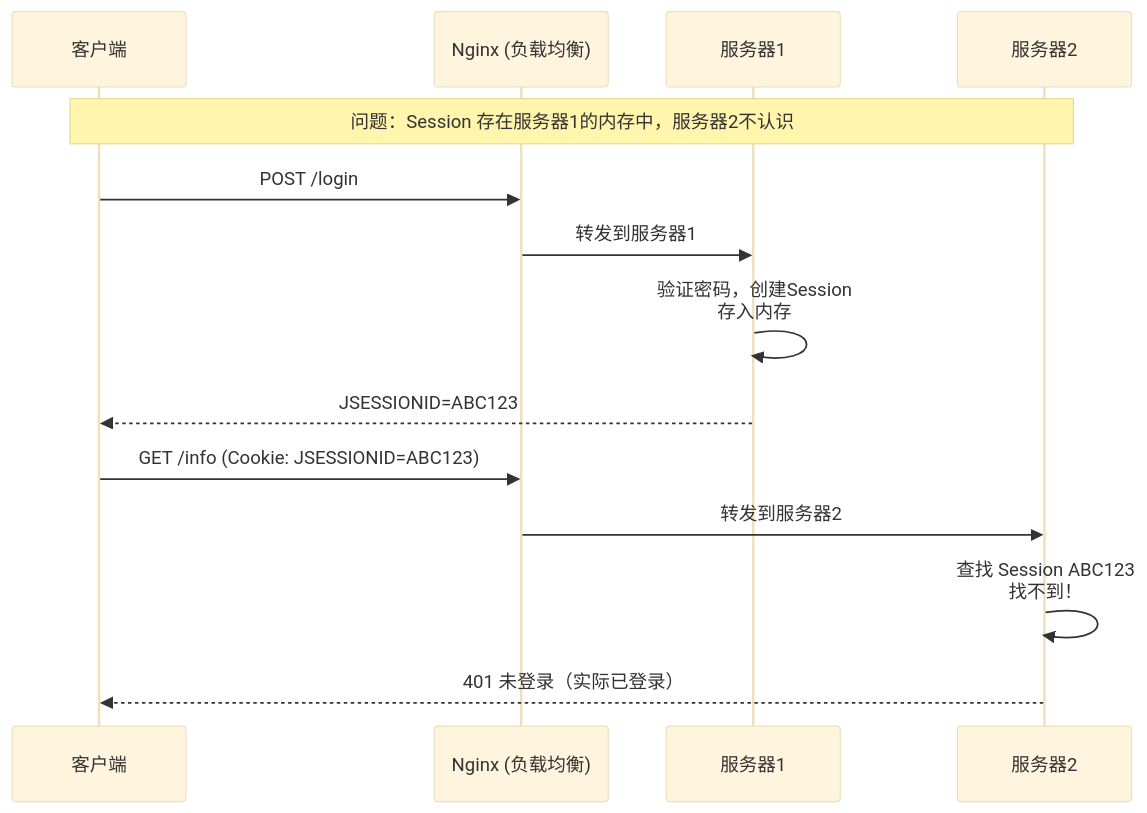
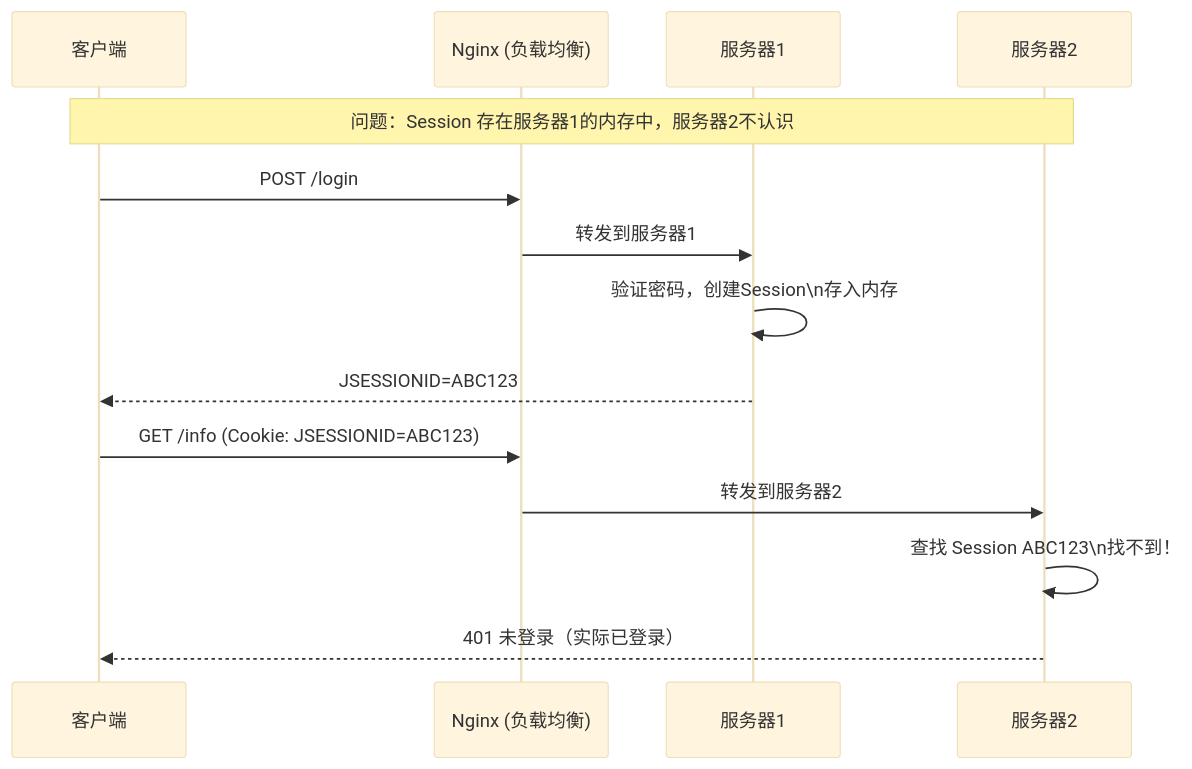
The first of 6 diagrams in content/posts/springsecurity/JwtDualTokenGuide.md (yaocat55/yaocat55.github.io), drawn with Mermaid (base theme) before and after one commit. The commit also changed other lines of this file and 155 other files, not shown here.

````diff
--- a/content/posts/springsecurity/JwtDualTokenGuide.md
+++ b/content/posts/springsecurity/JwtDualTokenGuide.md
@@ -54,19 +54,19 @@
 ```mermaid
 sequenceDiagram
     participant C as 客户端
     participant N as Nginx (负载均衡)
     participant S1 as 服务器1
     participant S2 as 服务器2
 
     Note over C,S2: 问题：Session 存在服务器1的内存中，服务器2不认识
 
     C->>N: POST /login
     N->>S1: 转发到服务器1
-    S1->>S1: 验证密码，创建Session<br/>存入内存
+    S1->>S1: 验证密码，创建Session\n存入内存
     S1-->>C: JSESSIONID=ABC123
 
     C->>N: GET /info (Cookie: JSESSIONID=ABC123)
     N->>S2: 转发到服务器2
-    S2->>S2: 查找 Session ABC123<br/>找不到！
+    S2->>S2: 查找 Session ABC123\n找不到！
     S2-->>C: 401 未登录（实际已登录）
 ```
````
